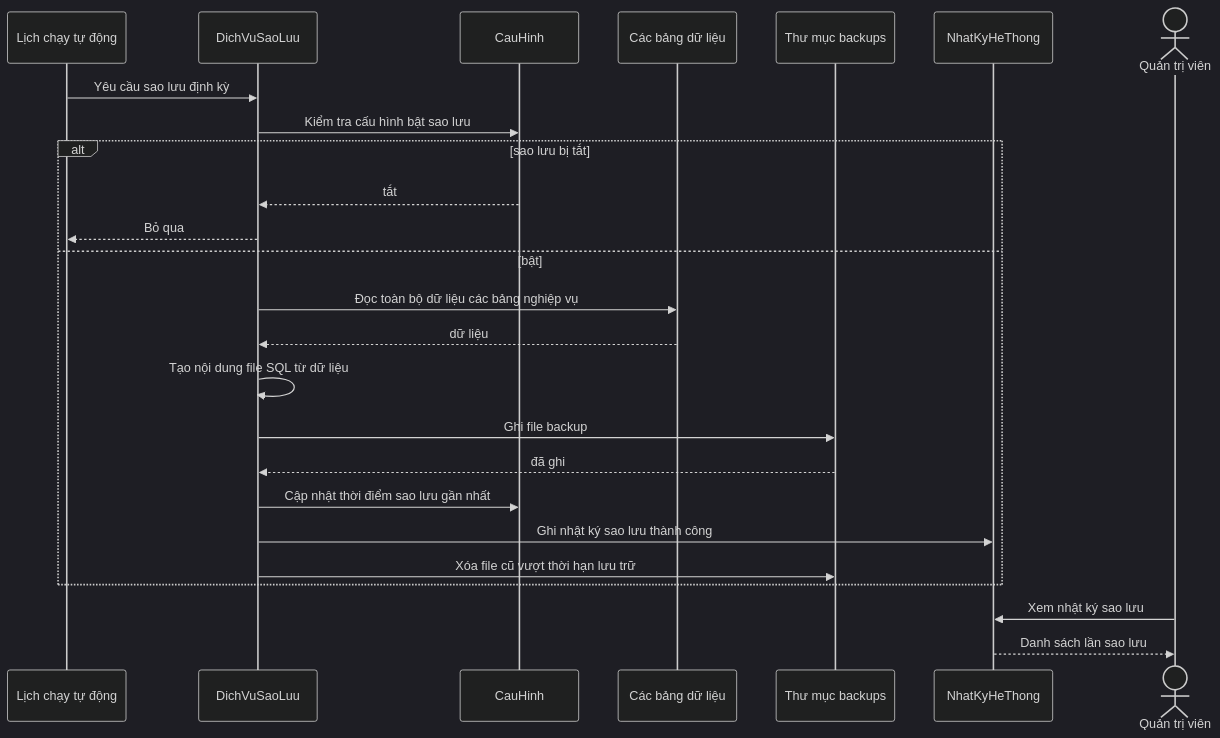
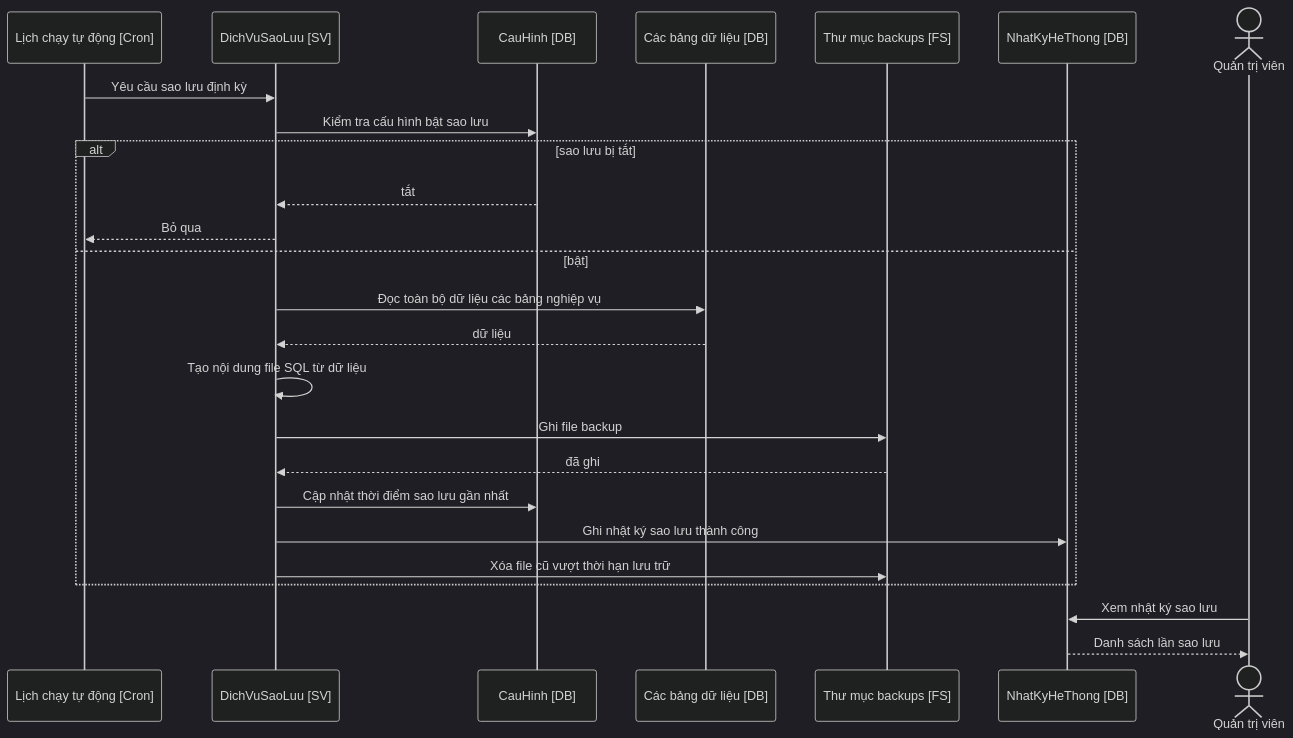
One commit to tranducbk/DATN_PM_QLKT changed the eighth of 8 diagrams in docs/diagrams/05-sequence.md. Above: the diagram before and after it, drawn with Mermaid (dark theme). The commit also changed other lines of this file and 29 other files, not shown here.

First line of the commit message:
Update CLAUDE.md with additional validation rules and introduce new database schema

````diff
--- a/docs/diagrams/05-sequence.md
+++ b/docs/diagrams/05-sequence.md
@@ -240,32 +240,32 @@
 ```mermaid
 sequenceDiagram
-    participant Cron as Lịch chạy tự động
-    participant Backup as DichVuSaoLuu
-    participant Setting as CauHinh
-    participant Repos as Các bảng dữ liệu
-    participant FS as Thư mục backups
-    participant Log as NhatKyHeThong
+    participant Cron as Lịch chạy tự động [Cron]
+    participant Backup as DichVuSaoLuu [SV]
+    participant Setting as CauHinh [DB]
+    participant Repos as Các bảng dữ liệu [DB]
+    participant FS as Thư mục backups [FS]
+    participant Log as NhatKyHeThong [DB]
     actor SA as Quản trị viên
 
     Cron->>Backup: Yêu cầu sao lưu định kỳ
     Backup->>Setting: Kiểm tra cấu hình bật sao lưu
 
     alt sao lưu bị tắt
         Setting-->>Backup: tắt
         Backup-->>Cron: Bỏ qua
     else bật
         Backup->>Repos: Đọc toàn bộ dữ liệu các bảng nghiệp vụ
         Repos-->>Backup: dữ liệu
 
         Backup->>Backup: Tạo nội dung file SQL từ dữ liệu
         Backup->>FS: Ghi file backup
         FS-->>Backup: đã ghi
 
         Backup->>Setting: Cập nhật thời điểm sao lưu gần nhất
         Backup->>Log: Ghi nhật ký sao lưu thành công
         Backup->>FS: Xóa file cũ vượt thời hạn lưu trữ
     end
 
     SA->>Log: Xem nhật ký sao lưu
     Log-->>SA: Danh sách lần sao lưu
 ```
````
